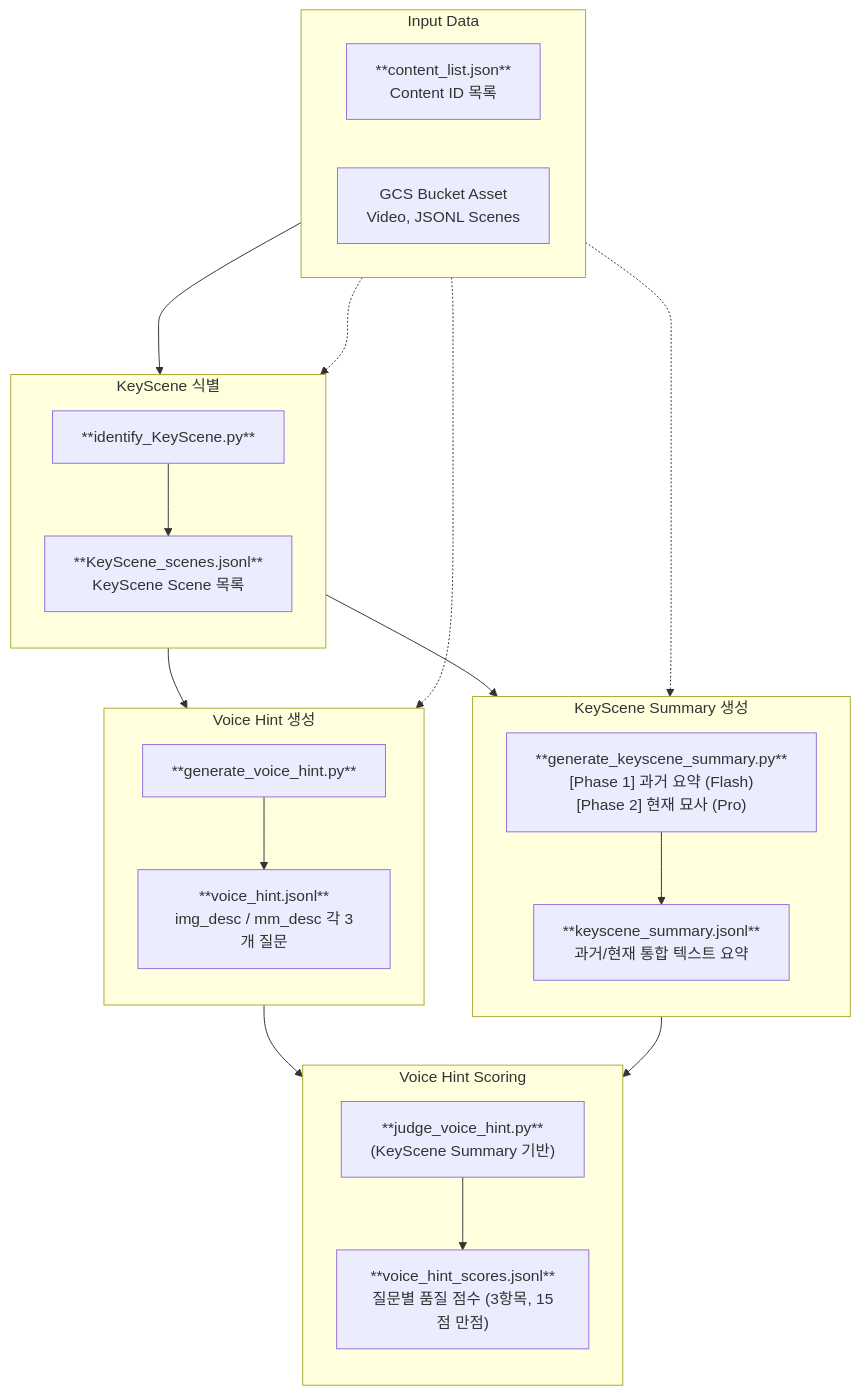
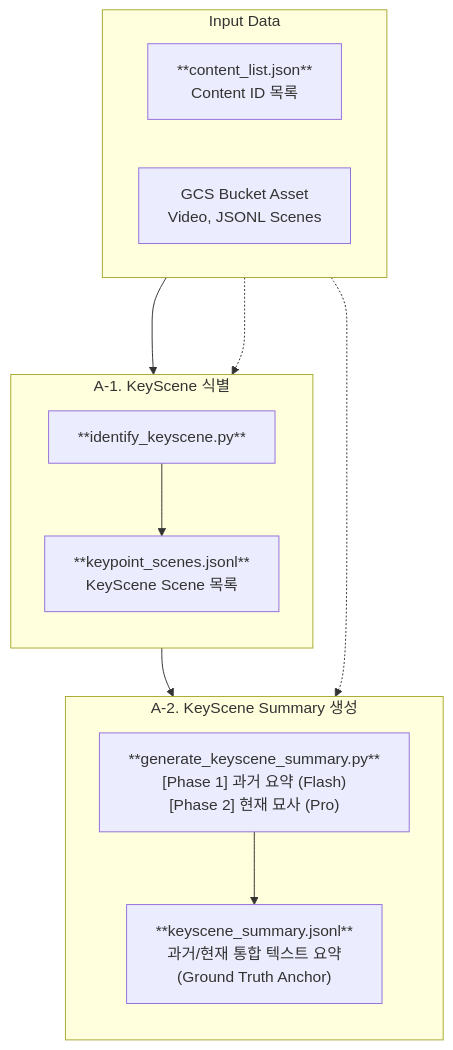
The first of 4 diagrams in README.md (obeychoi0120/LLMJudge), drawn with Mermaid before and after one commit. The commit also changed other lines of this file and 8 other files, not shown here.

````diff
--- a/README.md
+++ b/README.md
@@ -18,48 +19,28 @@
 ```mermaid
 flowchart TD
     subgraph INPUT["Input Data"]
         direction LR
         CL["**content_list.json**<br/>Content ID 목록"]
         GCS["GCS Bucket Asset<br/>Video, JSONL Scenes"]
     end
 
-    subgraph STEP1["KeyScene 식별"]
+    subgraph STEP1["A-1. KeyScene 식별"]
         direction TB
-        KP_SCRIPT["**identify_KeyScene.py**"]
-        KP_OUT["**KeyScene_scenes.jsonl**<br/>KeyScene Scene 목록"]
+        KP_SCRIPT["**identify_keyscene.py**"]
+        KP_OUT["**keypoint_scenes.jsonl**<br/>KeyScene Scene 목록"]
     end
 
-    subgraph STEP2["KeyScene Summary 생성"]
+    subgraph STEP2["A-2. KeyScene Summary 생성"]
         direction TB
         KS_SCRIPT["**generate_keyscene_summary.py**<br/>[Phase 1] 과거 요약 (Flash)<br/>[Phase 2] 현재 묘사 (Pro)"]
-        KS_OUT["**keyscene_summary.jsonl**<br/>과거/현재 통합 텍스트 요약"]
-    end
-
-    subgraph STEP3["Voice Hint 생성"]
-        direction TB
-        VH_SCRIPT["**generate_voice_hint.py**"]
-        VH_OUT["**voice_hint.jsonl**<br/>img_desc / mm_desc 각 3개 질문"]
-    end
-
-    subgraph STEP4["Voice Hint Scoring"]
-        direction TB
-        QJ_SCRIPT["**judge_voice_hint.py**<br/>(KeyScene Summary 기반)"]
-        QJ_SCORES["**voice_hint_scores.jsonl**<br/>질문별 품질 점수 (3항목, 15점 만점)"]
+        KS_OUT["**keyscene_summary.jsonl**<br/>과거/현재 통합 텍스트 요약<br/>(Ground Truth Anchor)"]
     end
 
     CL --> KP_SCRIPT
     GCS -..-> KP_SCRIPT
     KP_SCRIPT --> KP_OUT
 
     KP_OUT --> KS_SCRIPT
     GCS -..-> KS_SCRIPT
     KS_SCRIPT --> KS_OUT
-
-    KP_OUT --> VH_SCRIPT
-    GCS -..-> VH_SCRIPT
-    VH_SCRIPT --> VH_OUT
-
-    VH_OUT --> QJ_SCRIPT
-    KS_OUT --> QJ_SCRIPT
-    QJ_SCRIPT --> QJ_SCORES
 ```
````
